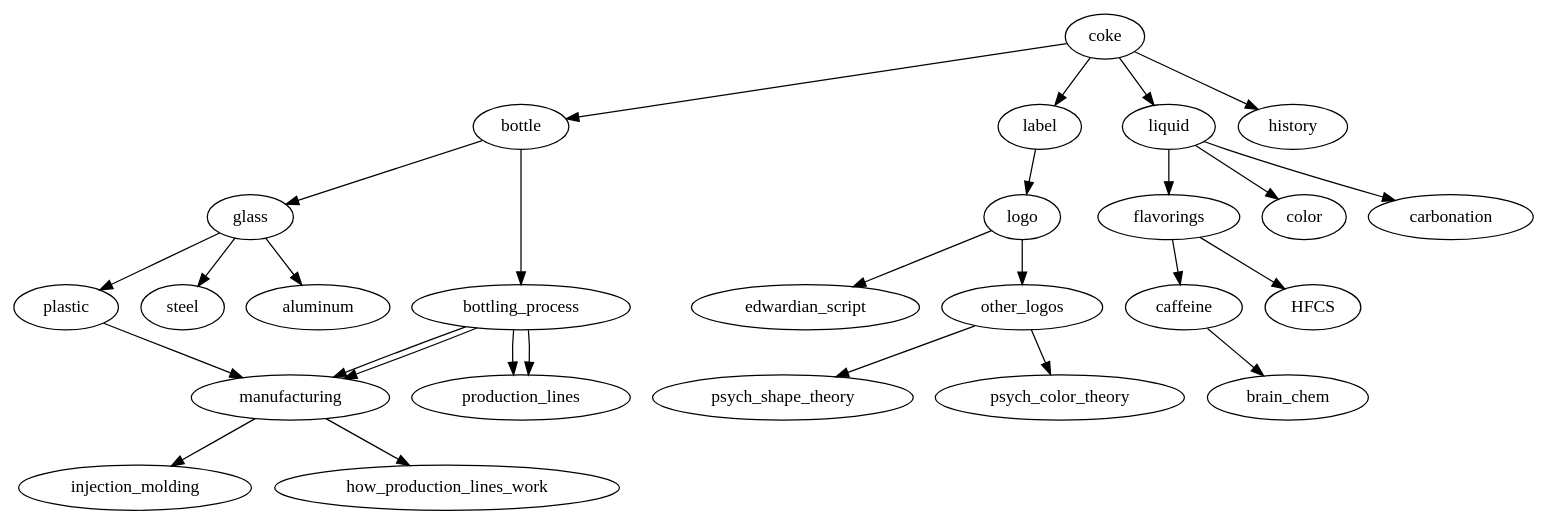
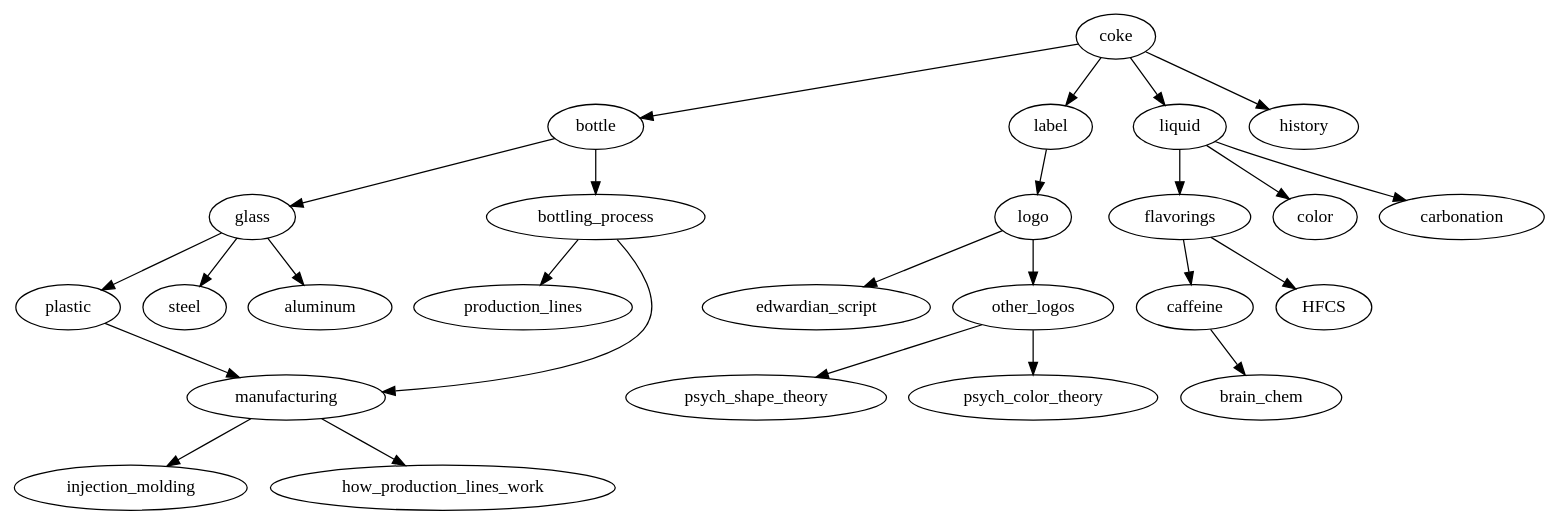
One commit to vinitlee/ufiles changed the diagram in scienceofeverything.dot. Above: the diagram before and after it, drawn with Graphviz.

```diff
--- a/scienceofeverything.dot
+++ b/scienceofeverything.dot
@@ -1,40 +1,37 @@
 digraph coke {
     coke -> bottle
     coke -> label
     coke -> liquid
     coke -> history
     
     bottle -> glass
     bottle -> bottling_process
 
     bottling_process -> production_lines
     bottling_process -> manufacturing
 
     glass -> plastic
     glass -> steel
     glass -> aluminum
 
     plastic -> manufacturing -> injection_molding
-
-    bottling_process -> production_lines
-    bottling_process -> manufacturing
 
     manufacturing -> how_production_lines_work
 
     label -> logo
 
     logo -> edwardian_script
     logo -> other_logos
 
     other_logos -> psych_shape_theory
     other_logos -> psych_color_theory
 
     liquid -> flavorings
     liquid -> color
     liquid -> carbonation
 
     flavorings -> caffeine
     flavorings -> HFCS
 
     caffeine -> brain_chem
 }
```
